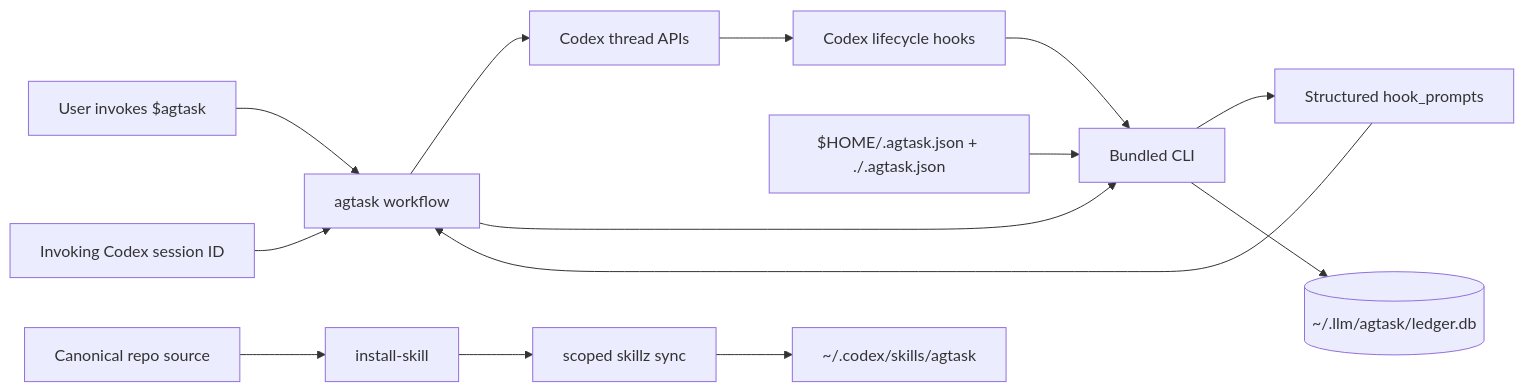
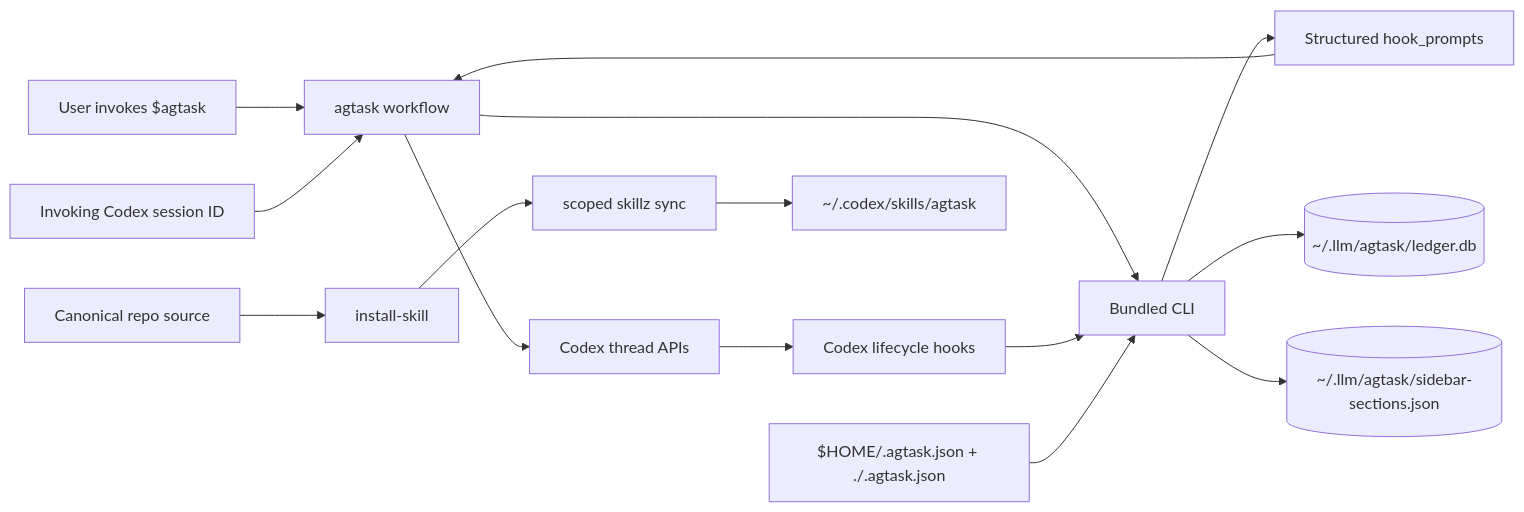
One commit to kevinslin/agstack changed the first of 4 diagrams in active/agtask/docs/ARCHITECTURE.md. Above: the diagram before and after it, drawn with Mermaid. The commit also changed other lines of this file and 14 other files, not shown here.

````diff
--- a/active/agtask/docs/ARCHITECTURE.md
+++ b/active/agtask/docs/ARCHITECTURE.md
@@ -23,17 +26,18 @@
 ```mermaid
 flowchart LR
     User["User invokes $agtask"] --> Skill["agtask workflow"]
     Parent["Invoking Codex session ID"] --> Skill
     Skill --> Threads["Codex thread APIs"]
     Skill --> CLI["Bundled CLI"]
     Threads --> Hooks["Codex lifecycle hooks"]
     Hooks --> CLI
     Config["$HOME/.agtask.json + ./.agtask.json"] --> CLI
     CLI --> Prompts["Structured hook_prompts"]
     Prompts --> Skill
     CLI --> DB[("~/.llm/agtask/ledger.db")]
+    CLI --> Sections[("~/.llm/agtask/sidebar-sections.json")]
 
     Source["Canonical repo source"] --> Installer["install-skill"]
     Installer --> Skillz["scoped skillz sync"]
     Skillz --> Runtime["~/.codex/skills/agtask"]
 ```
````
